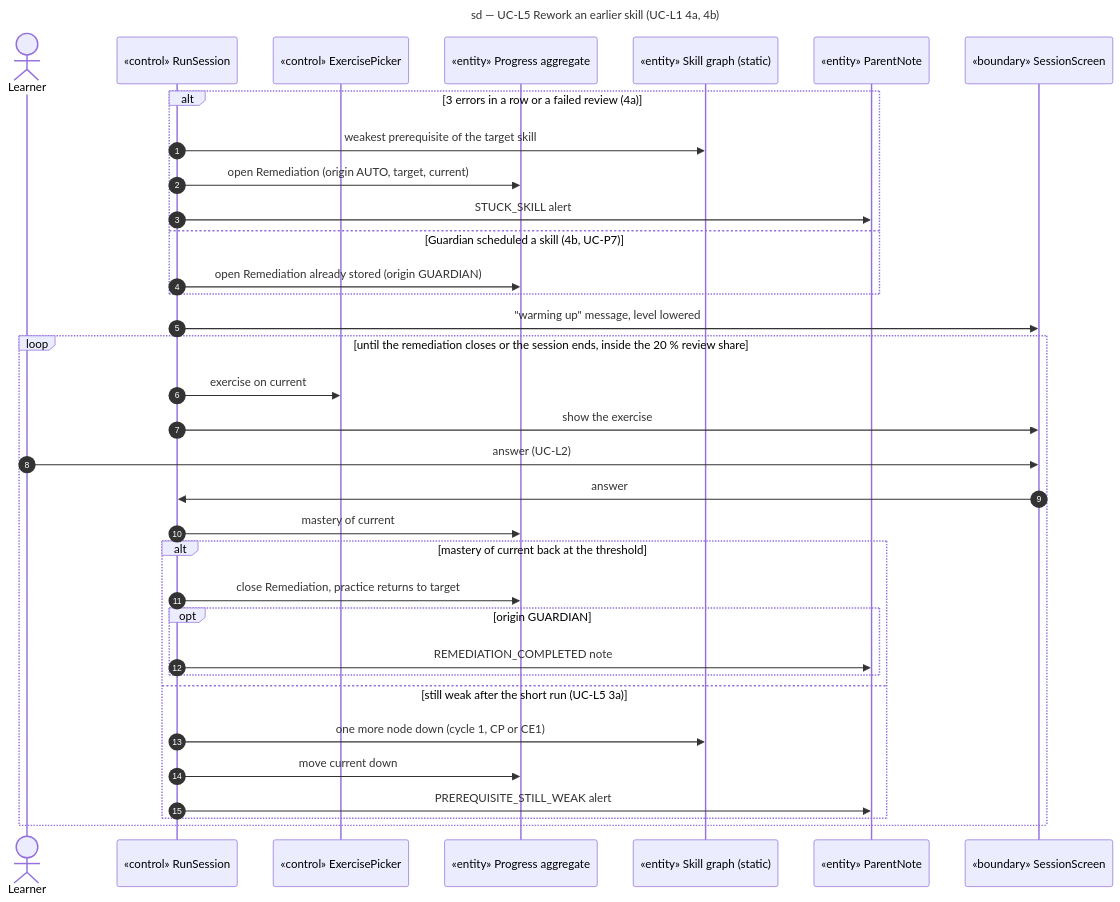
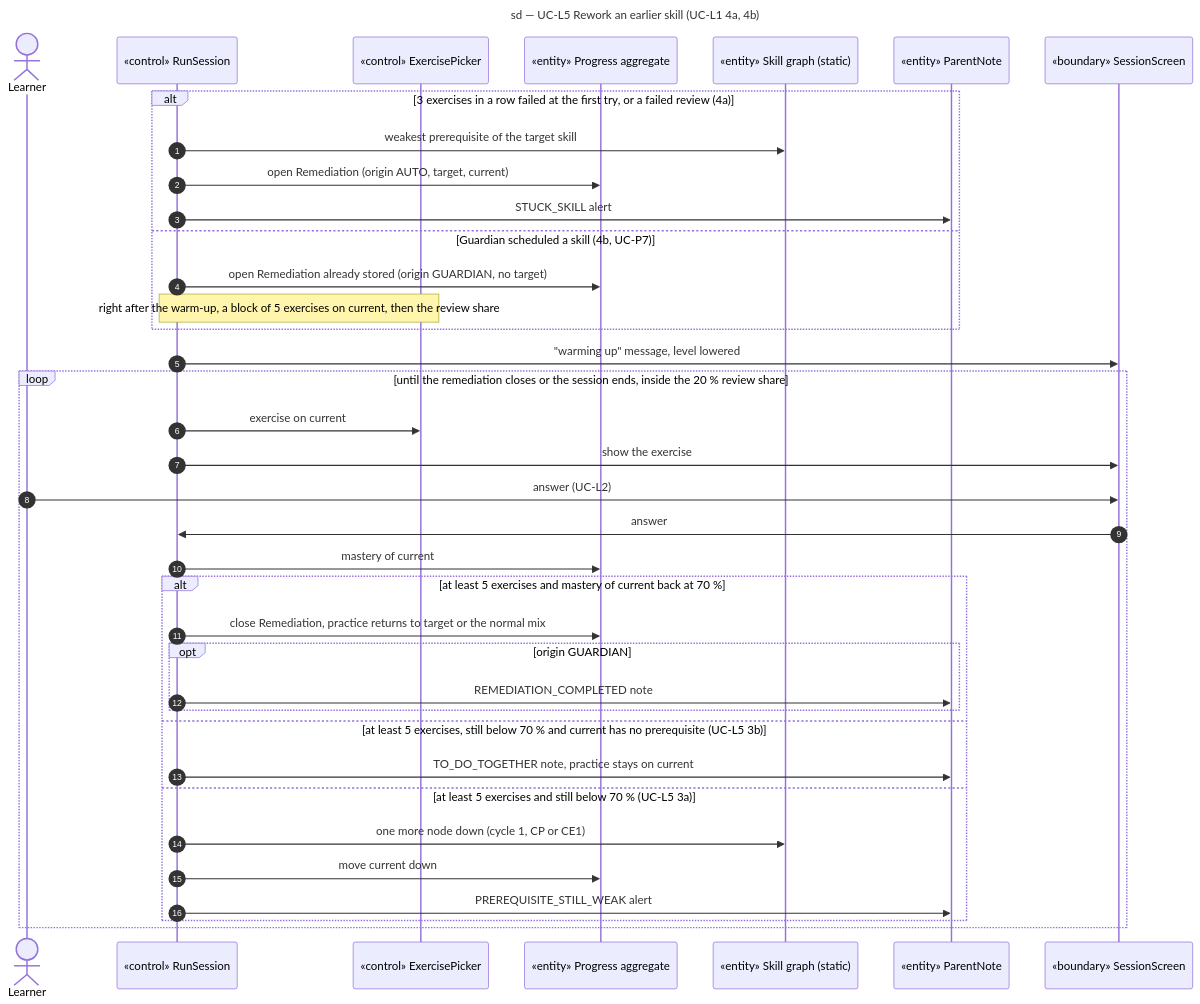
One commit to benoit-bremaud/learn-to-earn changed the diagram in docs/architecture/diagrams/learning/04-sequence-remediation.md. Above: the diagram before and after it, drawn with Mermaid. The commit also changed other lines of this file and 18 other files, not shown here.

````diff
--- a/docs/architecture/diagrams/learning/04-sequence-remediation.md
+++ b/docs/architecture/diagrams/learning/04-sequence-remediation.md
@@ -16,38 +16,41 @@
 ```mermaid
 sequenceDiagram
   title sd — UC-L5 Rework an earlier skill (UC-L1 4a, 4b)
   autonumber
   actor Learner
   participant Ctl as «control» RunSession
   participant Sel as «control» ExercisePicker
   participant Progress as «entity» Progress aggregate
   participant Graph as «entity» Skill graph (static)
   participant Notes as «entity» ParentNote
   participant UI as «boundary» SessionScreen
 
-  alt 3 errors in a row or a failed review (4a)
+  alt 3 exercises in a row failed at the first try, or a failed review (4a)
     Ctl->>Graph: weakest prerequisite of the target skill
     Ctl->>Progress: open Remediation (origin AUTO, target, current)
     Ctl->>Notes: STUCK_SKILL alert
   else Guardian scheduled a skill (4b, UC-P7)
-    Ctl->>Progress: open Remediation already stored (origin GUARDIAN)
+    Ctl->>Progress: open Remediation already stored (origin GUARDIAN, no target)
+    Note over Ctl,Sel: right after the warm-up, a block of 5 exercises on current, then the review share
   end
   Ctl->>UI: "warming up" message, level lowered
   loop until the remediation closes or the session ends, inside the 20 % review share
     Ctl->>Sel: exercise on current
     Ctl->>UI: show the exercise
     Learner->>UI: answer (UC-L2)
     UI->>Ctl: answer
     Ctl->>Progress: mastery of current
-    alt mastery of current back at the threshold
-      Ctl->>Progress: close Remediation, practice returns to target
+    alt at least 5 exercises and mastery of current back at 70 %
+      Ctl->>Progress: close Remediation, practice returns to target or the normal mix
       opt origin GUARDIAN
         Ctl->>Notes: REMEDIATION_COMPLETED note
       end
-    else still weak after the short run (UC-L5 3a)
+    else at least 5 exercises, still below 70 % and current has no prerequisite (UC-L5 3b)
+      Ctl->>Notes: TO_DO_TOGETHER note, practice stays on current
+    else at least 5 exercises and still below 70 % (UC-L5 3a)
       Ctl->>Graph: one more node down (cycle 1, CP or CE1)
       Ctl->>Progress: move current down
       Ctl->>Notes: PREREQUISITE_STILL_WEAK alert
     end
   end
 ```
````
